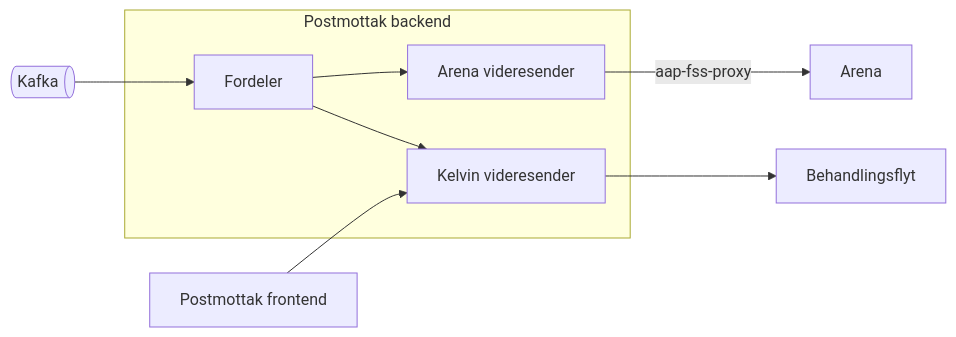
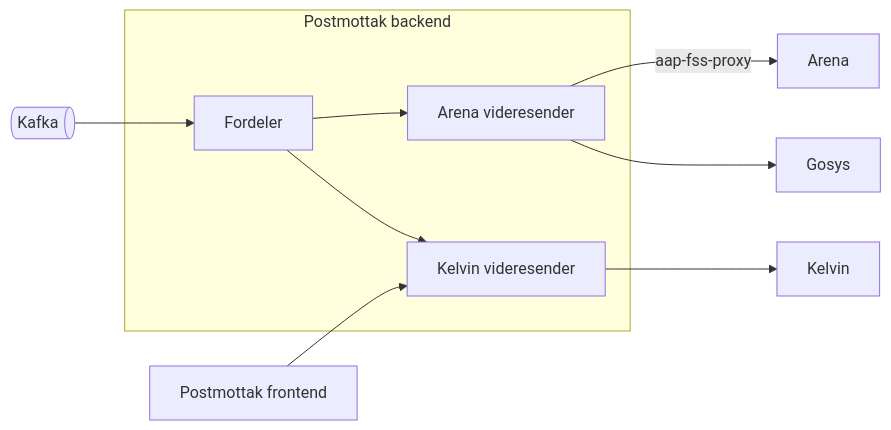
One commit to navikt/aap-intern-sysdok changed the first of 6 diagrams in docs/funksjonalitet/12_Postmottak/teknisk.md. Above: the diagram before and after it, drawn with Mermaid.

Commit message:
Update postmottak teknisk.md

````diff
--- a/docs/funksjonalitet/12_Postmottak/teknisk.md
+++ b/docs/funksjonalitet/12_Postmottak/teknisk.md
@@ -17,11 +17,12 @@
 ```mermaid
 flowchart LR
     kafka@{shape: das, label: Kafka} --> fordeler
     subgraph Postmottak backend
         fordeler[Fordeler] --> arenaVideresender[Arena videresender]
         fordeler --> kelvinVideresender[Kelvin videresender]
     end
     arenaVideresender --aap-fss-proxy--> arena[Arena]
-    kelvinVideresender --> behandlingsflyt[Behandlingsflyt]
+    arenaVideresender --> Gosys
+    kelvinVideresender --> behandlingsflyt[Kelvin]
     frontend[Postmottak frontend] --> kelvinVideresender
 ```
````
